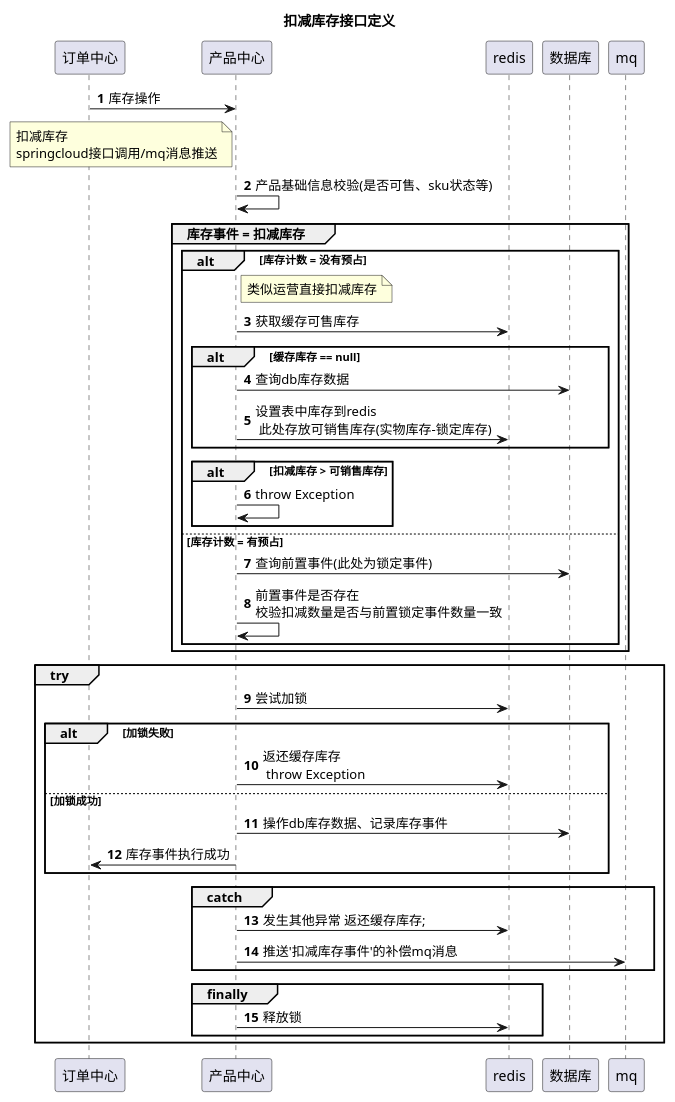
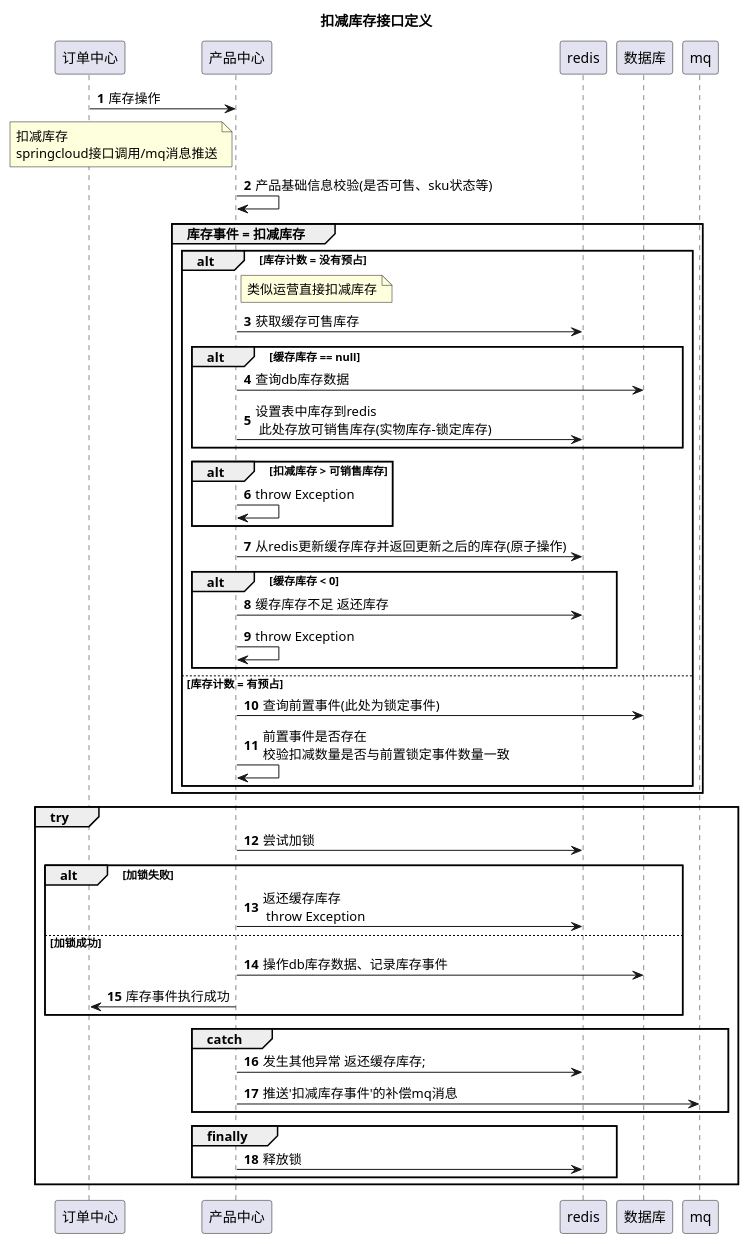
One commit to learnxin/testdemo changed the diagram in src/main/resources/plantuml/nh/inventory/confirm_inventroy.puml. Above: the diagram before and after it, drawn with PlantUML. The commit also changed 2 other files, not shown here.

```diff
--- a/src/main/resources/plantuml/nh/inventory/confirm_inventroy.puml
+++ b/src/main/resources/plantuml/nh/inventory/confirm_inventroy.puml
@@ -1,54 +1,58 @@
 @startuml
 title 扣减库存接口定义
 
 autonumber
 participant "订单中心" as vc
 participant "产品中心" as cpm
 participant "redis" as redis
 participant "数据库" as db
 
 vc -> cpm: 库存操作
 note left of cpm:扣减库存 \nspringcloud接口调用/mq消息推送
 
 
 cpm -> cpm: 产品基础信息校验(是否可售、sku状态等)
 group  库存事件 = 扣减库存
     alt 库存计数 = 没有预占
         note right of cpm:类似运营直接扣减库存
         cpm -> redis : 获取缓存可售库存
             alt 缓存库存 == null
             cpm -> db :查询db库存数据
             cpm -> redis:  设置表中库存到redis \n 此处存放可销售库存(实物库存-锁定库存)
             end
             alt 扣减库存 > 可销售库存
                 cpm -> cpm : throw Exception
             end
-
+            cpm -> redis: 从redis更新缓存库存并返回更新之后的库存(原子操作)
+            alt 缓存库存 < 0
+            cpm -> redis: 缓存库存不足 返还库存
+            cpm->cpm :throw Exception
+            end
     else 库存计数 = 有预占
         cpm -> db : 查询前置事件(此处为锁定事件)
         cpm -> cpm : 前置事件是否存在\n校验扣减数量是否与前置锁定事件数量一致
     end
 
 
 end
 
 group try
 'cpm->cpm:// 尝试加锁\nboolean isLocked = lock.tryLock(500, 1000, TimeUnit.MILLISECONDS);\n//    加锁失败 返还名额 throw ex\n        if (!isLocked) {\n                         cacheManager.atomicGetAndAdd(key, -num);\n                         throw new VcRpcException(CommonResponseCode.LockFailure);\n                     }        \n                     // 更新课程剩余名额\n                     trainDo.setScale(scale);\n                     trainService.updateTrain(trainDo, clientInfo);
 cpm->redis:尝试加锁
     alt 加锁失败
         cpm -> redis:返还缓存库存 \n throw Exception
     else 加锁成功
         cpm -> db :操作db库存数据、记录库存事件
         cpm -> vc :库存事件执行成功
     end
     group catch
         cpm -> redis: 发生其他异常 返还缓存库存;
         cpm -> mq : 推送'扣减库存事件'的补偿mq消息
     end
 
     group finally
         cpm -> redis: 释放锁
     end
 end
 
 @enduml
```
